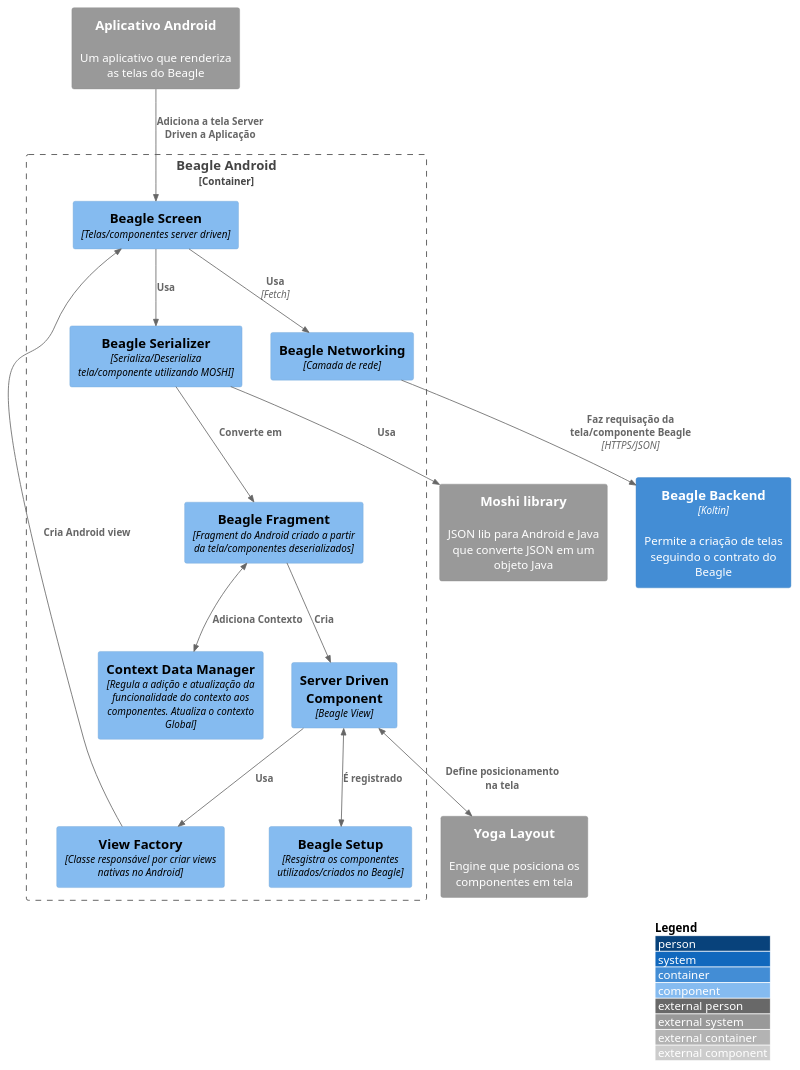
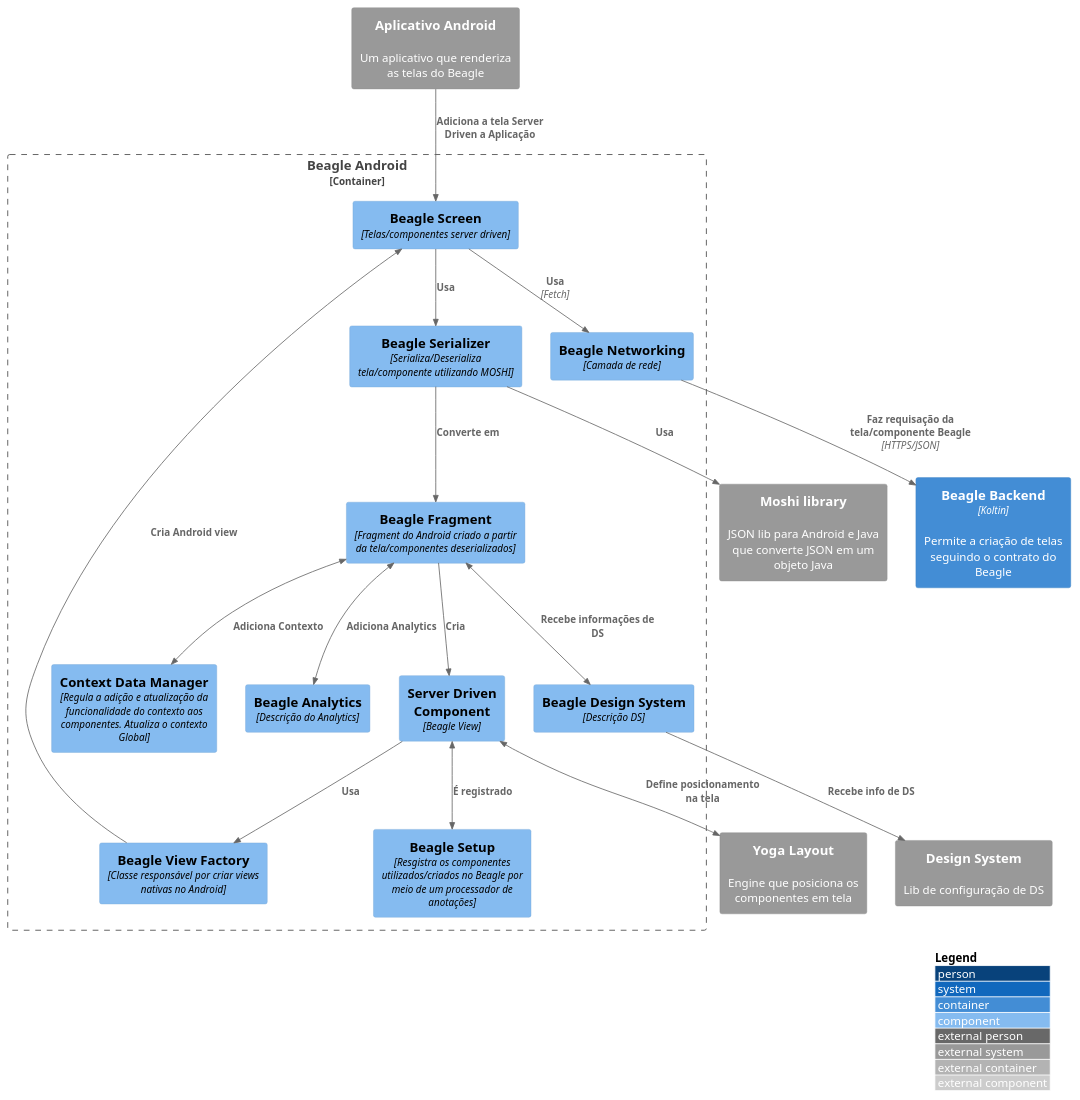
The diagram in pt-br/src/C3 -  Component/Beagle Android/c3.puml (ZupIT/beagle-c4model), drawn with PlantUML before and after one commit. The commit also changed 16 other files, not shown here.

Commit message:
updates android diagram

```diff
--- a/pt-br/src/C3 -  Component/Beagle Android/c3.puml
+++ b/pt-br/src/C3 -  Component/Beagle Android/c3.puml
@@ -1,36 +1,41 @@
 @startuml c2
 !include https://raw.githubusercontent.com/adrianvlupu/C4-PlantUML/latest/C4_Component.puml
 LAYOUT_WITH_LEGEND()
 
 System_Ext(frontend_app, "Aplicativo Android", "Um aplicativo que renderiza as telas do Beagle")
 System_Ext(moshi_lib, "Moshi library", "JSON lib para Android e Java que converte JSON em um objeto Java")
 System_Ext(yoga_layout, "Yoga Layout", "Engine que posiciona os componentes em tela")
+System_Ext(design_system, "Design System", "Lib de configuração de DS")
 
 Container(beagle_backend, "Beagle Backend", "Koltin", "Permite a criação de telas seguindo o contrato do Beagle")
 
 Container_Boundary(beagle_android, "Beagle Android"){
   Component(beagle_networking, "Beagle Networking", "Camada de rede")
-  Component(beagle_setup, "Beagle Setup", "Resgistra os componentes utilizados/criados no Beagle")
+  Component(beagle_setup, "Beagle Setup", "Resgistra os componentes utilizados/criados no Beagle por meio de um processador de anotações")
   Component(beagle_screen, "Beagle Screen", "Telas/componentes server driven")
   Component(beagle_serializer, "Beagle Serializer", "Serializa/Deserializa tela/componente utilizando MOSHI")
   Component(server_driven_component, "Server Driven Component", "Beagle View")
-  Component(view_factory, "View Factory", "Classe responsável por criar views nativas no Android")
+  Component(view_factory, "Beagle View Factory", "Classe responsável por criar views nativas no Android")
   Component(beagle_fragment, "Beagle Fragment", "Fragment do Android criado a partir da tela/componentes deserializados")
   Component(context_data_manager, "Context Data Manager", "Regula a adição e atualização da funcionalidade do contexto aos componentes. Atualiza o contexto Global")
-  
+  Component(analytic, "Beagle Analytics", "Descrição do Analytics")
+  Component(beagle_ds, "Beagle Design System", "Descrição DS")
 }
 
+BiRel(beagle_fragment, beagle_ds, "Recebe informações de DS")
+Rel(beagle_ds, design_system, "Recebe info de DS")
+BiRel(beagle_fragment, analytic, "Adiciona Analytics")
 BiRel(beagle_fragment, context_data_manager, "Adiciona Contexto")
 Rel(beagle_serializer, beagle_fragment, "Converte em")
 Rel(frontend_app, beagle_screen, "Adiciona a tela Server Driven a Aplicação")
 Rel(beagle_screen, beagle_networking, "Usa", "Fetch")
 Rel(beagle_networking, beagle_backend, "Faz requisação da tela/componente Beagle","HTTPS/JSON")
 Rel(beagle_serializer, moshi_lib, "Usa")
 Rel(beagle_screen, beagle_serializer, "Usa")
 Rel(beagle_fragment, server_driven_component, "Cria")
 Rel(server_driven_component, view_factory, "Usa")
 Rel(view_factory, beagle_screen, "Cria Android view")
 BiRel(server_driven_component, beagle_setup, "É registrado")
 BiRel(server_driven_component, yoga_layout, "Define posicionamento na tela")
 
 @enduml
```
